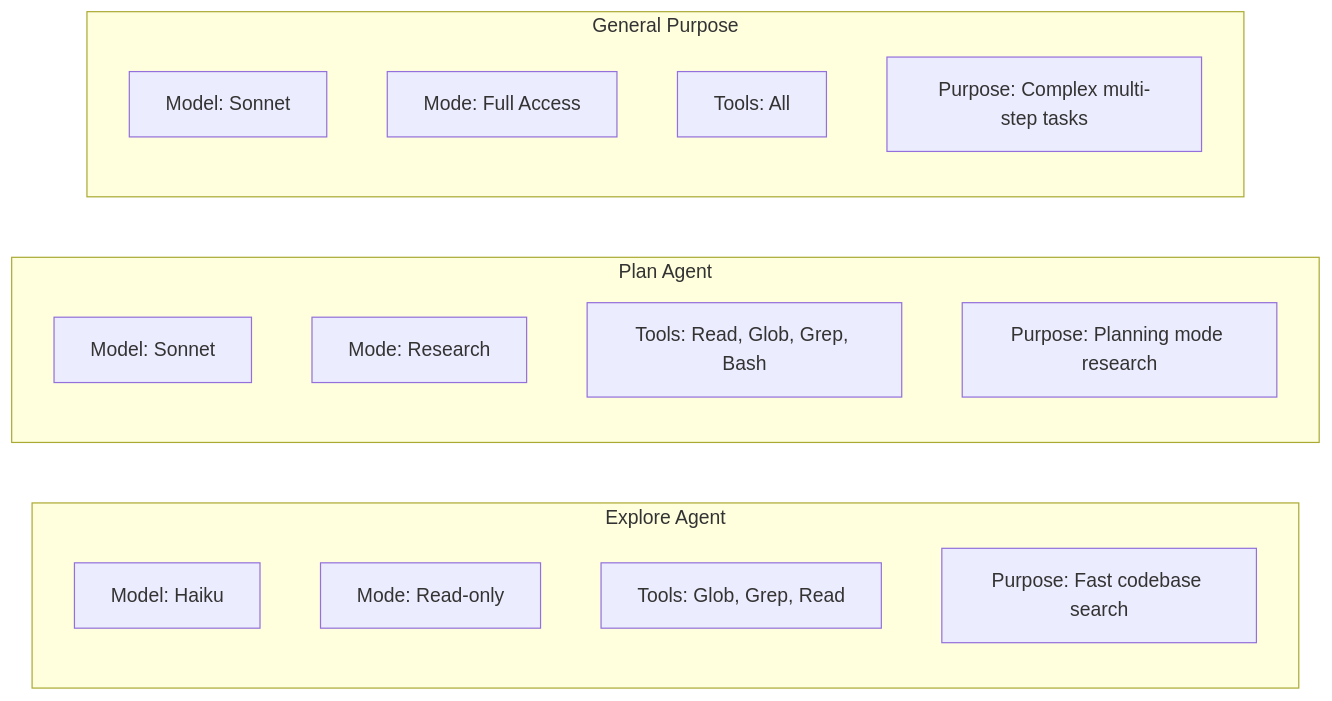
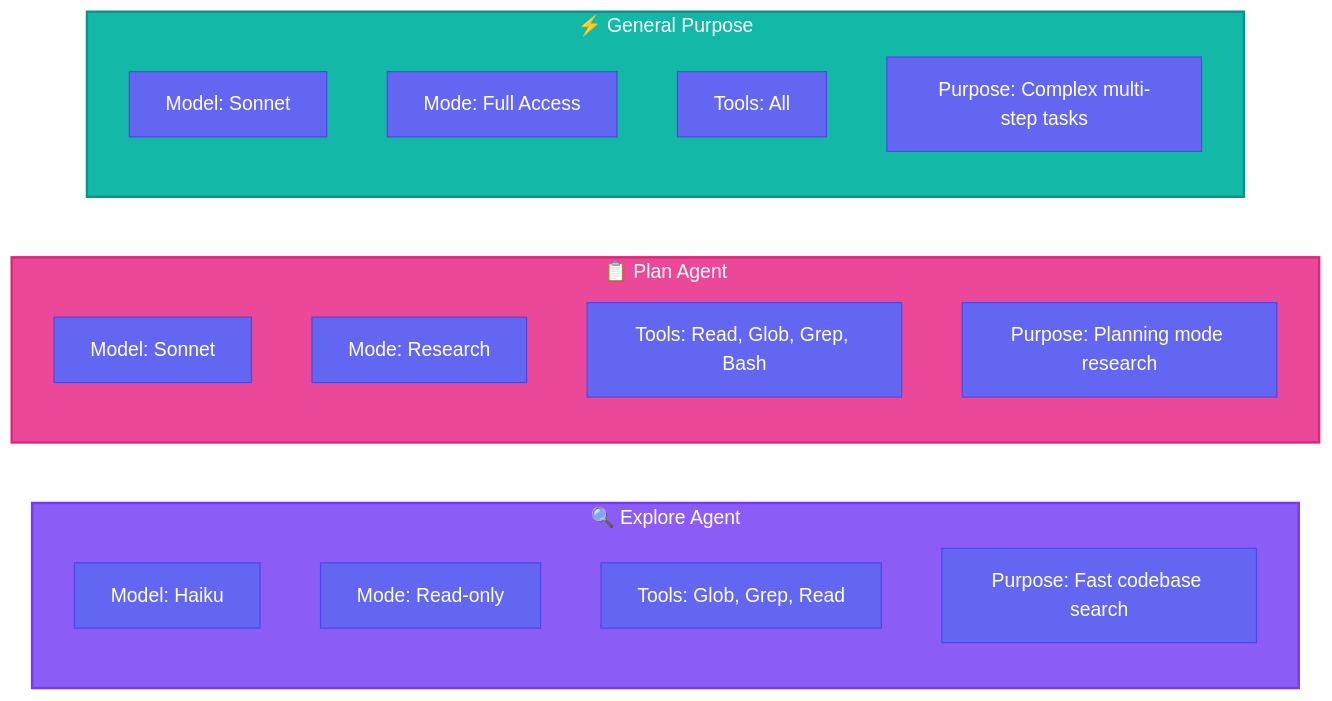
Before and after one commit to ThibautMelen/agentic-ai-systems: the second of 4 diagrams in patterns/01-subagent-orchestration.md, drawn with Mermaid. The commit also changed other lines of this file and 7 other files, not shown here.

First line of the commit message:
style(diagrams): add vibrant colors to all Mermaid diagrams

````diff
--- a/patterns/01-subagent-orchestration.md
+++ b/patterns/01-subagent-orchestration.md
@@ -51,23 +52,28 @@
 ```mermaid
+%%{init: {'theme': 'base', 'themeVariables': { 'primaryColor': '#6366f1', 'primaryTextColor': '#ffffff', 'primaryBorderColor': '#4f46e5', 'lineColor': '#a78bfa', 'secondaryColor': '#ec4899', 'tertiaryColor': '#14b8a6'}}}%%
 graph LR
-    subgraph Explore["Explore Agent"]
+    subgraph Explore["🔍 Explore Agent"]
         E1[Model: Haiku]
         E2[Mode: Read-only]
         E3[Tools: Glob, Grep, Read]
         E4[Purpose: Fast codebase search]
     end
 
-    subgraph Plan["Plan Agent"]
+    subgraph Plan["📋 Plan Agent"]
         P1[Model: Sonnet]
         P2[Mode: Research]
         P3[Tools: Read, Glob, Grep, Bash]
         P4[Purpose: Planning mode research]
     end
 
-    subgraph General["General Purpose"]
+    subgraph General["⚡ General Purpose"]
         G1[Model: Sonnet]
         G2[Mode: Full Access]
         G3[Tools: All]
         G4[Purpose: Complex multi-step tasks]
     end
+
+    style Explore fill:#8b5cf6,stroke:#7c3aed,stroke-width:2px,color:#ffffff
+    style Plan fill:#ec4899,stroke:#db2777,stroke-width:2px,color:#ffffff
+    style General fill:#14b8a6,stroke:#0d9488,stroke-width:2px,color:#ffffff
 ```
````
